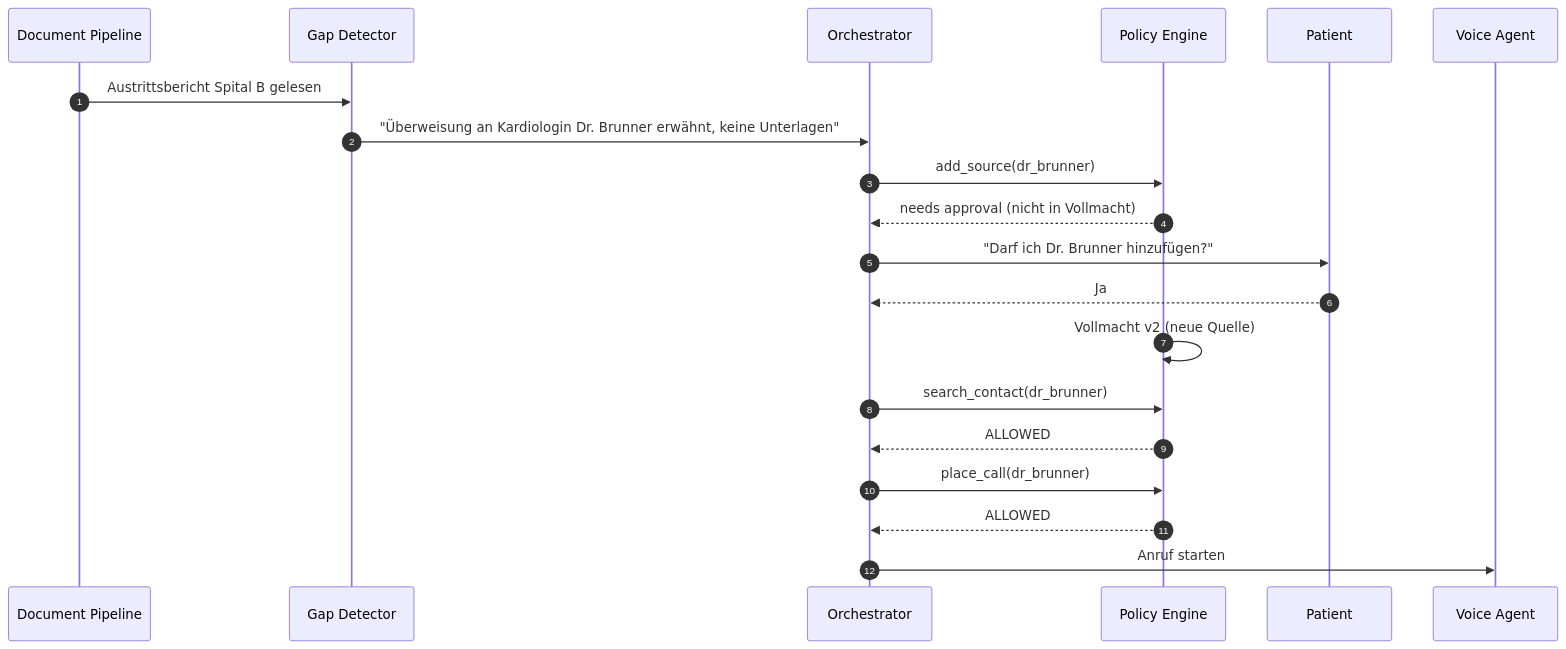
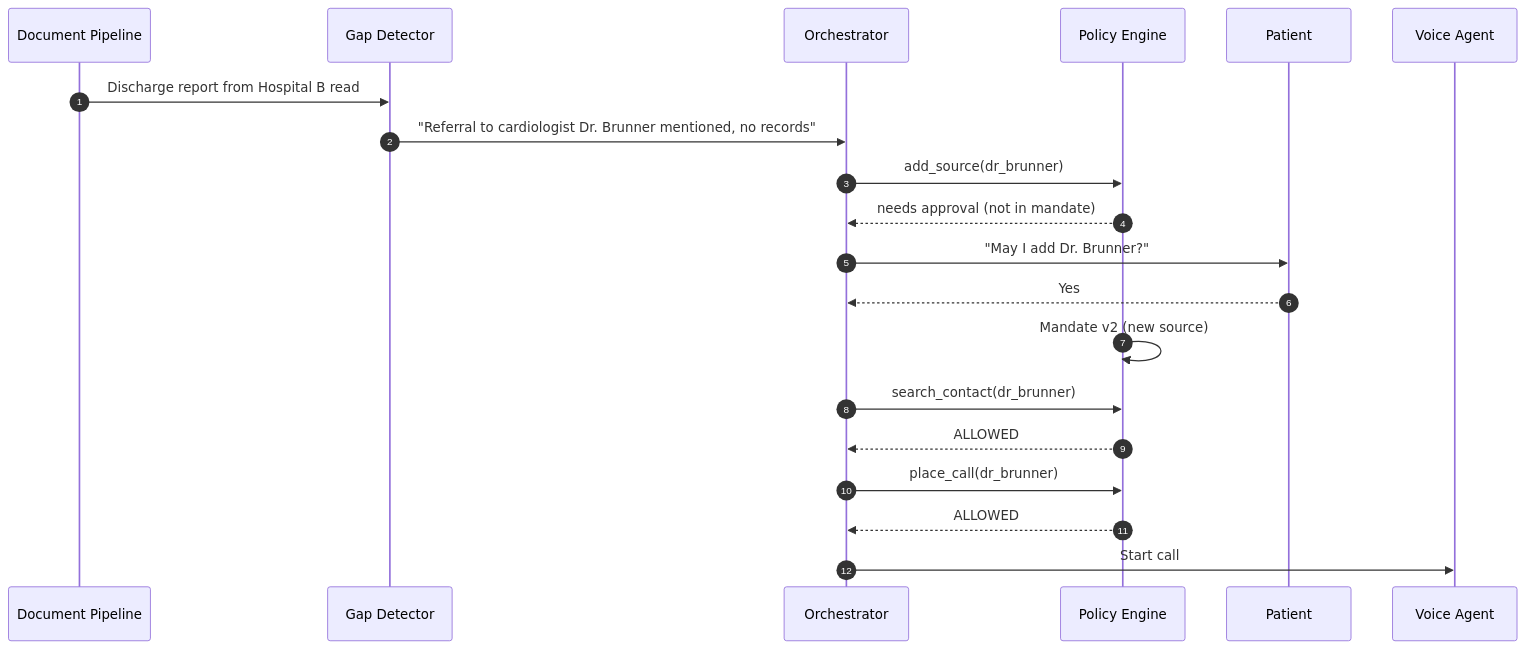
The fourth of 7 diagrams in docs/ARCHITECTURE.md (SuterGabriel/stafette), drawn with Mermaid before and after one commit. The commit also changed other lines of this file and 16 other files, not shown here.

First line of the commit message:
Docs: translate READMEs, docs and diagrams to English

````diff
--- a/docs/ARCHITECTURE.md
+++ b/docs/ARCHITECTURE.md
@@ -107,23 +107,23 @@
 ```mermaid
 sequenceDiagram
     autonumber
     participant DP as Document Pipeline
     participant GAP as Gap Detector
     participant ORC as Orchestrator
     participant PE as Policy Engine
     participant P as Patient
     participant VA as Voice Agent
 
-    DP->>GAP: Austrittsbericht Spital B gelesen
-    GAP->>ORC: "Überweisung an Kardiologin Dr. Brunner erwähnt, keine Unterlagen"
+    DP->>GAP: Discharge report from Hospital B read
+    GAP->>ORC: "Referral to cardiologist Dr. Brunner mentioned, no records"
     ORC->>PE: add_source(dr_brunner)
-    PE-->>ORC: needs approval (nicht in Vollmacht)
-    ORC->>P: "Darf ich Dr. Brunner hinzufügen?"
-    P-->>ORC: Ja
-    PE->>PE: Vollmacht v2 (neue Quelle)
+    PE-->>ORC: needs approval (not in mandate)
+    ORC->>P: "May I add Dr. Brunner?"
+    P-->>ORC: Yes
+    PE->>PE: Mandate v2 (new source)
     ORC->>PE: search_contact(dr_brunner)
     PE-->>ORC: ALLOWED
     ORC->>PE: place_call(dr_brunner)
     PE-->>ORC: ALLOWED
-    ORC->>VA: Anruf starten
+    ORC->>VA: Start call
 ```
````
